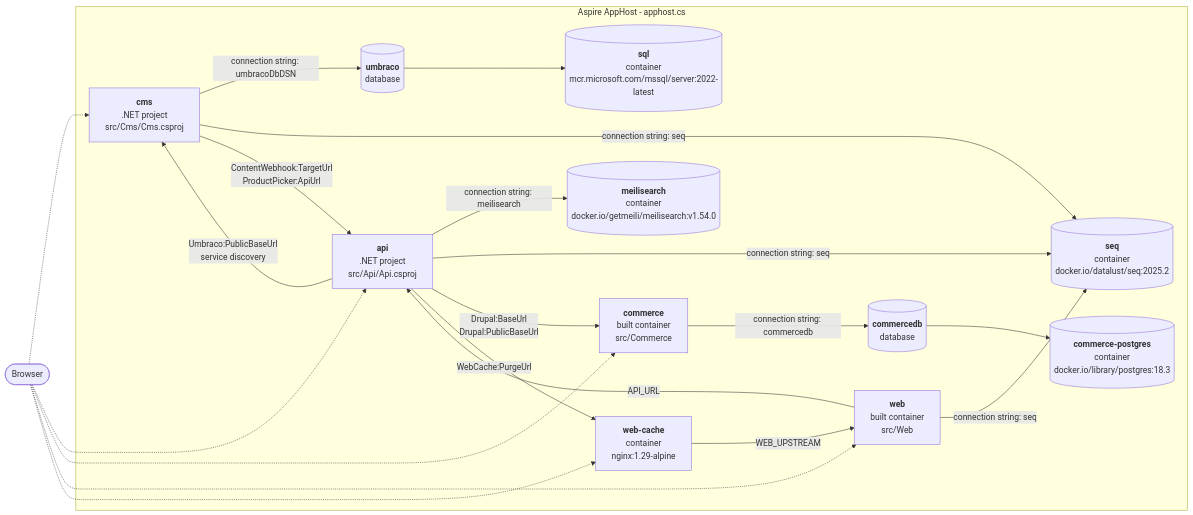
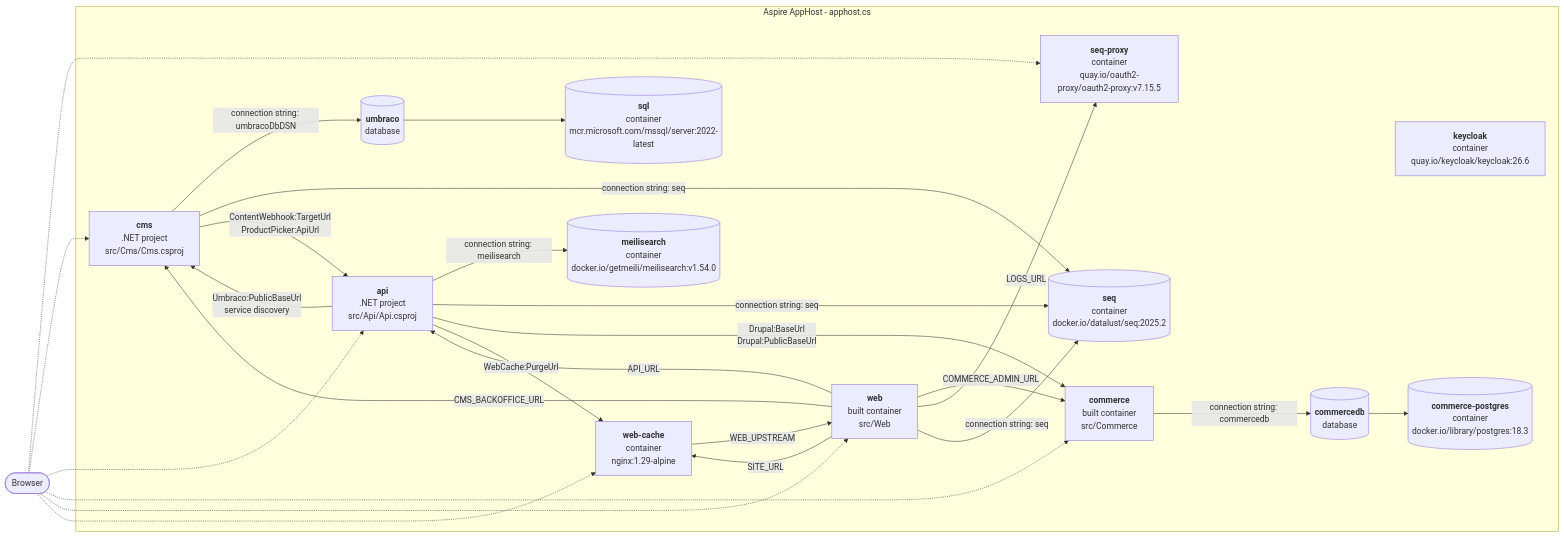
One commit to Snipon/aspire-mess-starter changed the diagram in README.md. Above: the diagram before and after it, drawn with Mermaid. The commit also changed other lines of this file and 47 other files, not shown here.

````diff
--- a/README.md
+++ b/README.md
@@ -16,38 +16,45 @@
 ```mermaid
 flowchart LR
     browser([Browser])
 
     subgraph apphost[Aspire AppHost - apphost.cs]
         sql[("<b>sql</b><br/>container<br/>mcr.microsoft.com/mssql/server:2022-latest")]
         umbraco[("<b>umbraco</b><br/>database")]
         meilisearch[("<b>meilisearch</b><br/>container<br/>docker.io/getmeili/meilisearch:v1.54.0")]
         seq[("<b>seq</b><br/>container<br/>docker.io/datalust/seq:2025.2")]
+        keycloak["<b>keycloak</b><br/>container<br/>quay.io/keycloak/keycloak:26.6"]
+        seq_proxy["<b>seq-proxy</b><br/>container<br/>quay.io/oauth2-proxy/oauth2-proxy:v7.15.5"]
         commerce_postgres[("<b>commerce-postgres</b><br/>container<br/>docker.io/library/postgres:18.3")]
         commercedb[("<b>commercedb</b><br/>database")]
         cms["<b>cms</b><br/>.NET project<br/>src/Cms/Cms.csproj"]
         api["<b>api</b><br/>.NET project<br/>src/Api/Api.csproj"]
         commerce["<b>commerce</b><br/>built container<br/>src/Commerce"]
         web["<b>web</b><br/>built container<br/>src/Web"]
         web_cache["<b>web-cache</b><br/>container<br/>nginx:1.29-alpine"]
     end
 
+    browser -.-> seq_proxy
     browser -.-> cms
     browser -.-> api
     browser -.-> commerce
     browser -.-> web
     browser -.-> web_cache
     umbraco --> sql
     commercedb --> commerce_postgres
     cms -- "connection string: umbracoDbDSN" --> umbraco
     cms -- "connection string: seq" --> seq
     cms -- "ContentWebhook:TargetUrl<br/>ProductPicker:ApiUrl" --> api
     api -- "Umbraco:PublicBaseUrl<br/>service discovery" --> cms
     api -- "connection string: meilisearch" --> meilisearch
     api -- "connection string: seq" --> seq
     api -- "Drupal:BaseUrl<br/>Drupal:PublicBaseUrl" --> commerce
     api -- "WebCache:PurgeUrl" --> web_cache
     commerce -- "connection string: commercedb" --> commercedb
     web -- "API_URL" --> api
+    web -- "CMS_BACKOFFICE_URL" --> cms
+    web -- "COMMERCE_ADMIN_URL" --> commerce
+    web -- "LOGS_URL" --> seq_proxy
     web -- "connection string: seq" --> seq
+    web -- "SITE_URL" --> web_cache
     web_cache -- "WEB_UPSTREAM" --> web
 ```
````
